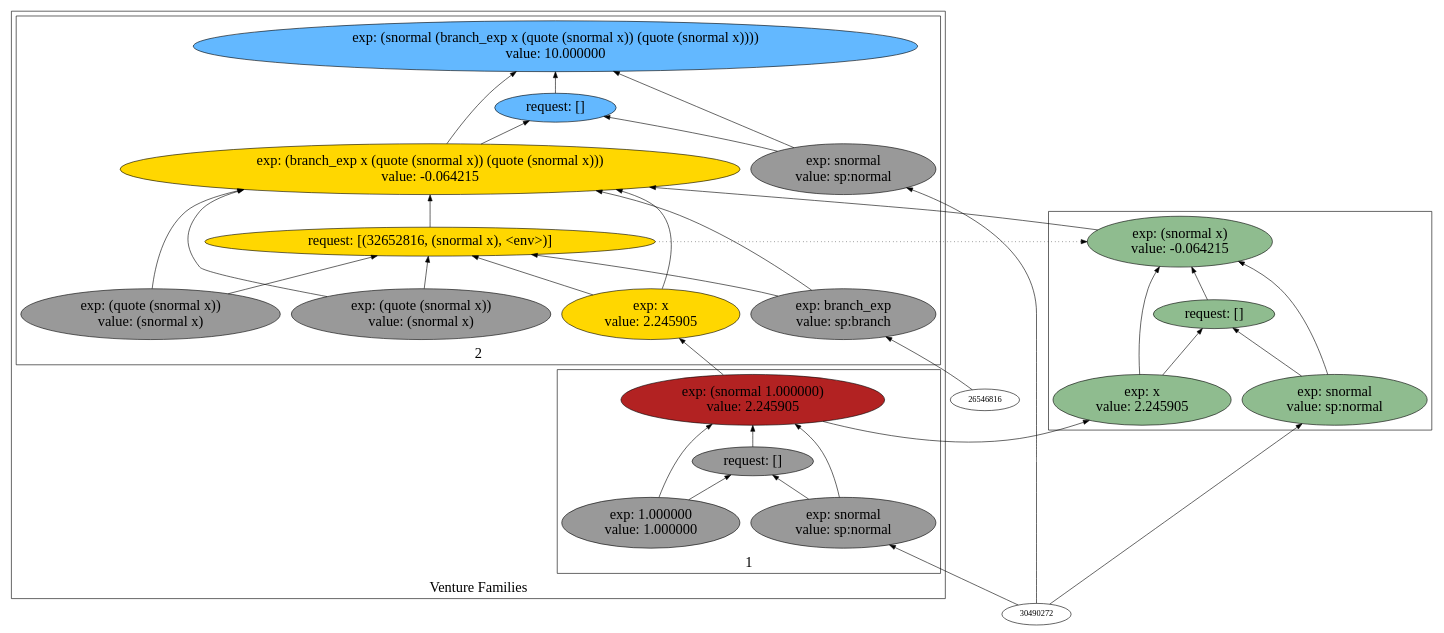
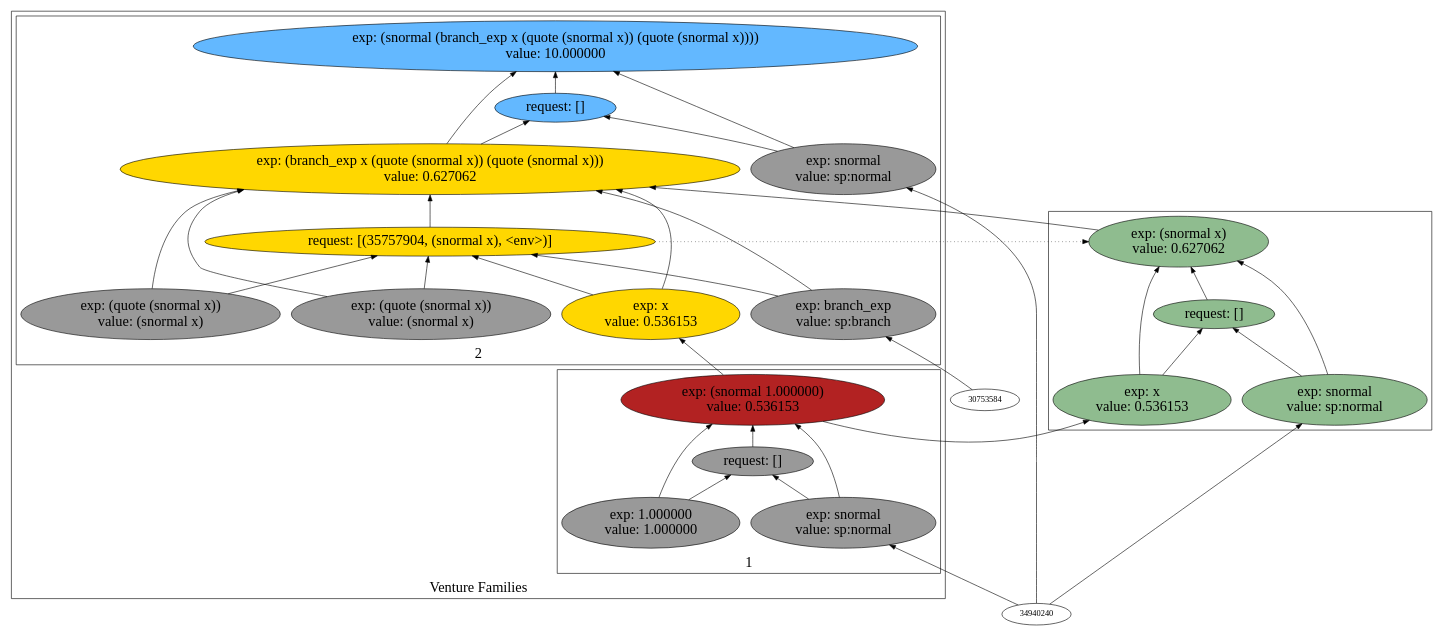
Before and after one commit to probcomp/Venturecxx: the diagram in backend/cxx/pdf_graphs/erg_to_drg/dot3.dot, drawn with Graphviz. The commit also changed 318 other files, not shown here.

```diff
--- a/backend/cxx/pdf_graphs/erg_to_drg/dot3.dot
+++ b/backend/cxx/pdf_graphs/erg_to_drg/dot3.dot
@@ -1,70 +1,70 @@
 digraph {
 rankdir=BT
 fontsize=24
 subgraph cluster1 {
 label="Venture Families"
 subgraph cluster2 {
 label="1"
-"32801712"["fillcolor"="firebrick" "fontsize"="24" "label"="exp: (snormal 1.000000)\nvalue: 2.245905" "shape"="ellipse" "style"="filled" ]
-"32752080"["fillcolor"="grey60" "fontsize"="24" "label"="request: []" "shape"="ellipse" "style"="filled" ]
-"31366272"["fillcolor"="grey60" "fontsize"="24" "label"="exp: snormal\nvalue: sp:normal" "shape"="ellipse" "style"="filled" ]
-"31615728"["fillcolor"="grey60" "fontsize"="24" "label"="exp: 1.000000\nvalue: 1.000000" "shape"="ellipse" "style"="filled" ]
+"36046160"["fillcolor"="firebrick" "fontsize"="24" "label"="exp: (snormal 1.000000)\nvalue: 0.536153" "shape"="ellipse" "style"="filled" ]
+"36008416"["fillcolor"="grey60" "fontsize"="24" "label"="request: []" "shape"="ellipse" "style"="filled" ]
+"36497008"["fillcolor"="grey60" "fontsize"="24" "label"="exp: snormal\nvalue: sp:normal" "shape"="ellipse" "style"="filled" ]
+"37145056"["fillcolor"="grey60" "fontsize"="24" "label"="exp: 1.000000\nvalue: 1.000000" "shape"="ellipse" "style"="filled" ]
 }
 
 subgraph cluster3 {
 label="2"
-"32104320"["fillcolor"="steelblue1" "fontsize"="24" "label"="exp: (snormal (branch_exp x (quote (snormal x)) (quote (snormal x))))\nvalue: 10.000000" "shape"="ellipse" "style"="filled" ]
-"32069376"["fillcolor"="steelblue1" "fontsize"="24" "label"="request: []" "shape"="ellipse" "style"="filled" ]
-"32591296"["fillcolor"="grey60" "fontsize"="24" "label"="exp: snormal\nvalue: sp:normal" "shape"="ellipse" "style"="filled" ]
-"31197024"["fillcolor"="gold" "fontsize"="24" "label"="exp: (branch_exp x (quote (snormal x)) (quote (snormal x)))\nvalue: -0.064215" "shape"="ellipse" "style"="filled" ]
-"32652816"["fillcolor"="gold" "fontsize"="24" "label"="request: [(32652816, (snormal x), <env>)]" "shape"="ellipse" "style"="filled" ]
-"31653472"["fillcolor"="grey60" "fontsize"="24" "label"="exp: branch_exp\nvalue: sp:branch" "shape"="ellipse" "style"="filled" ]
-"30638576"["fillcolor"="gold" "fontsize"="24" "label"="exp: x\nvalue: 2.245905" "shape"="ellipse" "style"="filled" ]
-"31365216"["fillcolor"="grey60" "fontsize"="24" "label"="exp: (quote (snormal x))\nvalue: (snormal x)" "shape"="ellipse" "style"="filled" ]
-"31287392"["fillcolor"="grey60" "fontsize"="24" "label"="exp: (quote (snormal x))\nvalue: (snormal x)" "shape"="ellipse" "style"="filled" ]
+"37194688"["fillcolor"="steelblue1" "fontsize"="24" "label"="exp: (snormal (branch_exp x (quote (snormal x)) (quote (snormal x))))\nvalue: 10.000000" "shape"="ellipse" "style"="filled" ]
+"35758960"["fillcolor"="steelblue1" "fontsize"="24" "label"="request: []" "shape"="ellipse" "style"="filled" ]
+"35031056"["fillcolor"="grey60" "fontsize"="24" "label"="exp: snormal\nvalue: sp:normal" "shape"="ellipse" "style"="filled" ]
+"35680080"["fillcolor"="gold" "fontsize"="24" "label"="exp: (branch_exp x (quote (snormal x)) (quote (snormal x)))\nvalue: 0.627062" "shape"="ellipse" "style"="filled" ]
+"35757904"["fillcolor"="gold" "fontsize"="24" "label"="request: [(35757904, (snormal x), <env>)]" "shape"="ellipse" "style"="filled" ]
+"35705920"["fillcolor"="grey60" "fontsize"="24" "label"="exp: branch_exp\nvalue: sp:branch" "shape"="ellipse" "style"="filled" ]
+"35204768"["fillcolor"="gold" "fontsize"="24" "label"="exp: x\nvalue: 0.536153" "shape"="ellipse" "style"="filled" ]
+"35488720"["fillcolor"="grey60" "fontsize"="24" "label"="exp: (quote (snormal x))\nvalue: (snormal x)" "shape"="ellipse" "style"="filled" ]
+"37468304"["fillcolor"="grey60" "fontsize"="24" "label"="exp: (quote (snormal x))\nvalue: (snormal x)" "shape"="ellipse" "style"="filled" ]
 }
 
 }
 
 subgraph cluster4 {
 label=""
-"31327504"["fillcolor"="darkseagreen" "fontsize"="24" "label"="exp: (snormal x)\nvalue: -0.064215" "shape"="ellipse" "style"="filled" ]
-"30798016"["fillcolor"="darkseagreen" "fontsize"="24" "label"="request: []" "shape"="ellipse" "style"="filled" ]
-"30834080"["fillcolor"="darkseagreen" "fontsize"="24" "label"="exp: snormal\nvalue: sp:normal" "shape"="ellipse" "style"="filled" ]
-"30787232"["fillcolor"="darkseagreen" "fontsize"="24" "label"="exp: x\nvalue: 2.245905" "shape"="ellipse" "style"="filled" ]
+"37045760"["fillcolor"="darkseagreen" "fontsize"="24" "label"="exp: (snormal x)\nvalue: 0.627062" "shape"="ellipse" "style"="filled" ]
+"35754944"["fillcolor"="darkseagreen" "fontsize"="24" "label"="request: []" "shape"="ellipse" "style"="filled" ]
+"37256464"["fillcolor"="darkseagreen" "fontsize"="24" "label"="exp: snormal\nvalue: sp:normal" "shape"="ellipse" "style"="filled" ]
+"35060256"["fillcolor"="darkseagreen" "fontsize"="24" "label"="exp: x\nvalue: 0.536153" "shape"="ellipse" "style"="filled" ]
 }
 
-"30834080" -> "31327504"["arrowhead"="normal" "color"="black" "constraint"="true" "style"="solid" ]
-"30834080" -> "30798016"["arrowhead"="normal" "color"="black" "constraint"="true" "style"="solid" ]
-"30490272" -> "30834080"["arrowhead"="normal" "color"="black" "constraint"="true" "style"="solid" ]
-"30787232" -> "31327504"["arrowhead"="normal" "color"="black" "constraint"="true" "style"="solid" ]
-"30787232" -> "30798016"["arrowhead"="normal" "color"="black" "constraint"="true" "style"="solid" ]
-"32801712" -> "30787232"["arrowhead"="normal" "color"="black" "constraint"="true" "style"="solid" ]
-"30798016" -> "31327504"["arrowhead"="normal" "color"="black" "constraint"="true" "style"="solid" ]
-"32591296" -> "32104320"["arrowhead"="normal" "color"="black" "constraint"="true" "style"="solid" ]
-"32591296" -> "32069376"["arrowhead"="normal" "color"="black" "constraint"="true" "style"="solid" ]
-"30490272" -> "32591296"["arrowhead"="normal" "color"="black" "constraint"="true" "style"="solid" ]
-"31197024" -> "32104320"["arrowhead"="normal" "color"="black" "constraint"="true" "style"="solid" ]
-"31197024" -> "32069376"["arrowhead"="normal" "color"="black" "constraint"="true" "style"="solid" ]
-"31653472" -> "31197024"["arrowhead"="normal" "color"="black" "constraint"="true" "style"="solid" ]
-"31653472" -> "32652816"["arrowhead"="normal" "color"="black" "constraint"="true" "style"="solid" ]
-"26546816" -> "31653472"["arrowhead"="normal" "color"="black" "constraint"="true" "style"="solid" ]
-"30638576" -> "31197024"["arrowhead"="normal" "color"="black" "constraint"="true" "style"="solid" ]
-"30638576" -> "32652816"["arrowhead"="normal" "color"="black" "constraint"="true" "style"="solid" ]
-"32801712" -> "30638576"["arrowhead"="normal" "color"="black" "constraint"="true" "style"="solid" ]
-"31365216" -> "31197024"["arrowhead"="normal" "color"="black" "constraint"="true" "style"="solid" ]
-"31365216" -> "32652816"["arrowhead"="normal" "color"="black" "constraint"="true" "style"="solid" ]
-"31287392" -> "31197024"["arrowhead"="normal" "color"="black" "constraint"="true" "style"="solid" ]
-"31287392" -> "32652816"["arrowhead"="normal" "color"="black" "constraint"="true" "style"="solid" ]
-"32652816" -> "31197024"["arrowhead"="normal" "color"="black" "constraint"="true" "style"="solid" ]
-"31327504" -> "31197024"["arrowhead"="normal" "color"="black" "constraint"="true" "style"="solid" ]
-"32652816" -> "31327504"["arrowhead"="normal" "color"="black" "constraint"="false" "style"="dotted" ]
-"32069376" -> "32104320"["arrowhead"="normal" "color"="black" "constraint"="true" "style"="solid" ]
-"31366272" -> "32801712"["arrowhead"="normal" "color"="black" "constraint"="true" "style"="solid" ]
-"31366272" -> "32752080"["arrowhead"="normal" "color"="black" "constraint"="true" "style"="solid" ]
-"30490272" -> "31366272"["arrowhead"="normal" "color"="black" "constraint"="true" "style"="solid" ]
-"31615728" -> "32801712"["arrowhead"="normal" "color"="black" "constraint"="true" "style"="solid" ]
-"31615728" -> "32752080"["arrowhead"="normal" "color"="black" "constraint"="true" "style"="solid" ]
-"32752080" -> "32801712"["arrowhead"="normal" "color"="black" "constraint"="true" "style"="solid" ]
+"36497008" -> "36046160"["arrowhead"="normal" "color"="black" "constraint"="true" "style"="solid" ]
+"36497008" -> "36008416"["arrowhead"="normal" "color"="black" "constraint"="true" "style"="solid" ]
+"34940240" -> "36497008"["arrowhead"="normal" "color"="black" "constraint"="true" "style"="solid" ]
+"37145056" -> "36046160"["arrowhead"="normal" "color"="black" "constraint"="true" "style"="solid" ]
+"37145056" -> "36008416"["arrowhead"="normal" "color"="black" "constraint"="true" "style"="solid" ]
+"36008416" -> "36046160"["arrowhead"="normal" "color"="black" "constraint"="true" "style"="solid" ]
+"37256464" -> "37045760"["arrowhead"="normal" "color"="black" "constraint"="true" "style"="solid" ]
+"37256464" -> "35754944"["arrowhead"="normal" "color"="black" "constraint"="true" "style"="solid" ]
+"34940240" -> "37256464"["arrowhead"="normal" "color"="black" "constraint"="true" "style"="solid" ]
+"35060256" -> "37045760"["arrowhead"="normal" "color"="black" "constraint"="true" "style"="solid" ]
+"35060256" -> "35754944"["arrowhead"="normal" "color"="black" "constraint"="true" "style"="solid" ]
+"36046160" -> "35060256"["arrowhead"="normal" "color"="black" "constraint"="true" "style"="solid" ]
+"35754944" -> "37045760"["arrowhead"="normal" "color"="black" "constraint"="true" "style"="solid" ]
+"35031056" -> "37194688"["arrowhead"="normal" "color"="black" "constraint"="true" "style"="solid" ]
+"35031056" -> "35758960"["arrowhead"="normal" "color"="black" "constraint"="true" "style"="solid" ]
+"34940240" -> "35031056"["arrowhead"="normal" "color"="black" "constraint"="true" "style"="solid" ]
+"35680080" -> "37194688"["arrowhead"="normal" "color"="black" "constraint"="true" "style"="solid" ]
+"35680080" -> "35758960"["arrowhead"="normal" "color"="black" "constraint"="true" "style"="solid" ]
+"35705920" -> "35680080"["arrowhead"="normal" "color"="black" "constraint"="true" "style"="solid" ]
+"35705920" -> "35757904"["arrowhead"="normal" "color"="black" "constraint"="true" "style"="solid" ]
+"30753584" -> "35705920"["arrowhead"="normal" "color"="black" "constraint"="true" "style"="solid" ]
+"35204768" -> "35680080"["arrowhead"="normal" "color"="black" "constraint"="true" "style"="solid" ]
+"35204768" -> "35757904"["arrowhead"="normal" "color"="black" "constraint"="true" "style"="solid" ]
+"36046160" -> "35204768"["arrowhead"="normal" "color"="black" "constraint"="true" "style"="solid" ]
+"35488720" -> "35680080"["arrowhead"="normal" "color"="black" "constraint"="true" "style"="solid" ]
+"35488720" -> "35757904"["arrowhead"="normal" "color"="black" "constraint"="true" "style"="solid" ]
+"37468304" -> "35680080"["arrowhead"="normal" "color"="black" "constraint"="true" "style"="solid" ]
+"37468304" -> "35757904"["arrowhead"="normal" "color"="black" "constraint"="true" "style"="solid" ]
+"35757904" -> "35680080"["arrowhead"="normal" "color"="black" "constraint"="true" "style"="solid" ]
+"37045760" -> "35680080"["arrowhead"="normal" "color"="black" "constraint"="true" "style"="solid" ]
+"35757904" -> "37045760"["arrowhead"="normal" "color"="black" "constraint"="false" "style"="dotted" ]
+"35758960" -> "37194688"["arrowhead"="normal" "color"="black" "constraint"="true" "style"="solid" ]
 
 }
```
